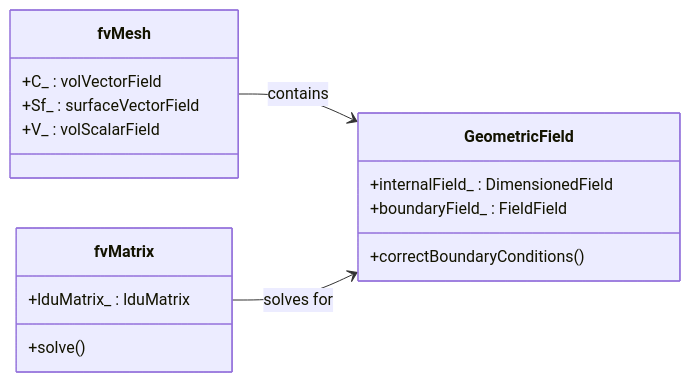
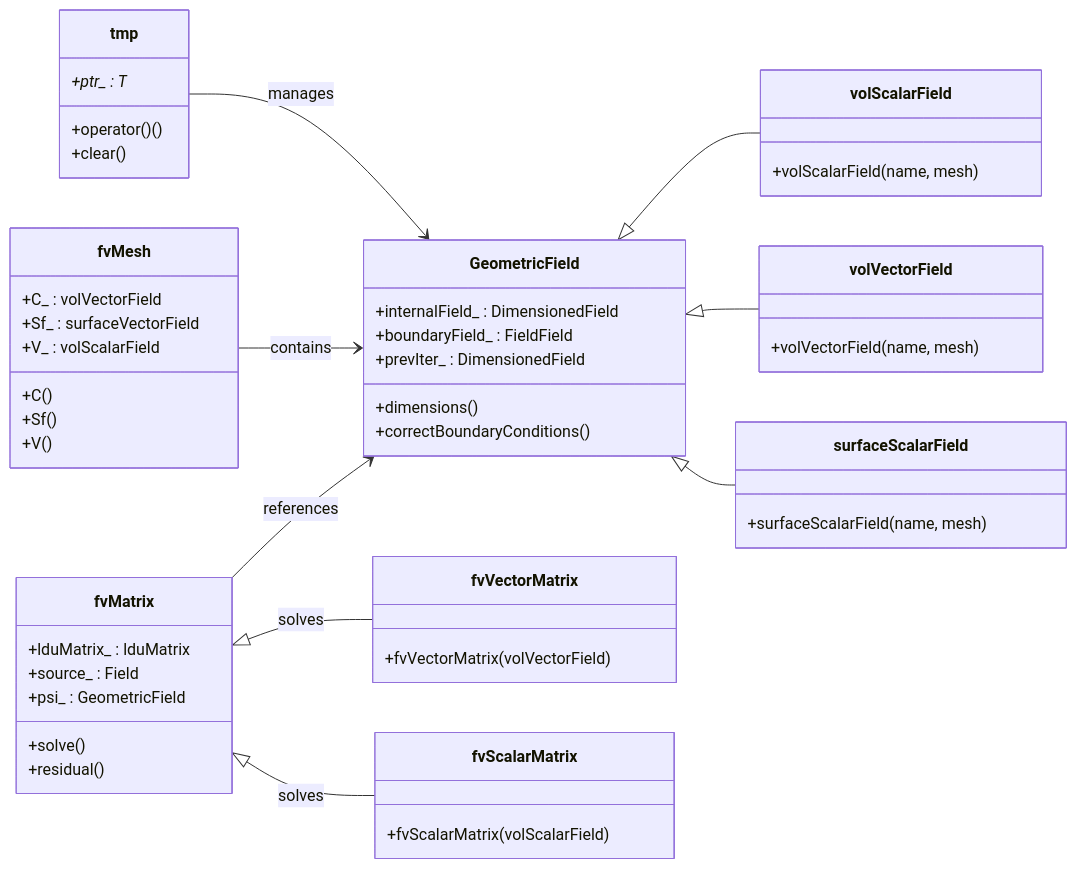
The third of 6 diagrams in daily_learning/2026-01-02.md (wramet/build-my-cfd), drawn with Mermaid before and after one commit. The commit also changed other lines of this file and 2 other files, not shown here.

````diff
--- a/daily_learning/2026-01-02.md
+++ b/daily_learning/2026-01-02.md
@@ -288,20 +433,69 @@
 ```mermaid
+%%{init: { 
+    "theme": "default", 
+    "useMaxWidth": false
+}}%%
 classDiagram
+    %% สั่งให้เรียงจาก ซ้ายไปขวา (ช่วยเรื่องพื้นที่แนวนอน)
     direction LR
+
     class GeometricField {
         +internalField_ : DimensionedField
         +boundaryField_ : FieldField
+        +prevIter_ : DimensionedField
+        +dimensions()
         +correctBoundaryConditions()
     }
+
+    class volScalarField {
+        +volScalarField(name, mesh)
+    }
+
+    class volVectorField {
+        +volVectorField(name, mesh)
+    }
+
+    class surfaceScalarField {
+        +surfaceScalarField(name, mesh)
+    }
+
+    class fvMatrix {
+        +lduMatrix_ : lduMatrix
+        +source_ : Field
+        +psi_ : GeometricField
+        +solve()
+        +residual()
+    }
+
+    class fvVectorMatrix {
+        +fvVectorMatrix(volVectorField)
+    }
+
+    class fvScalarMatrix {
+        +fvScalarMatrix(volScalarField)
+    }
+
+    class tmp {
+        +ptr_ : T*
+        +operator()()
+        +clear()
+    }
+
     class fvMesh {
         +C_ : volVectorField
         +Sf_ : surfaceVectorField
         +V_ : volScalarField
+        +C()
+        +Sf()
+        +V()
     }
-    class fvMatrix {
-        +lduMatrix_ : lduMatrix
-        +solve()
-    }
+
+    GeometricField <|-- volScalarField
+    GeometricField <|-- volVectorField
+    GeometricField <|-- surfaceScalarField
+    fvMatrix <|-- fvVectorMatrix : solves
+    fvMatrix <|-- fvScalarMatrix : solves
+    tmp --> GeometricField : manages
     fvMesh --> GeometricField : contains
-    fvMatrix --> GeometricField : solves for
+    fvMatrix --> GeometricField : references
 ```
````
